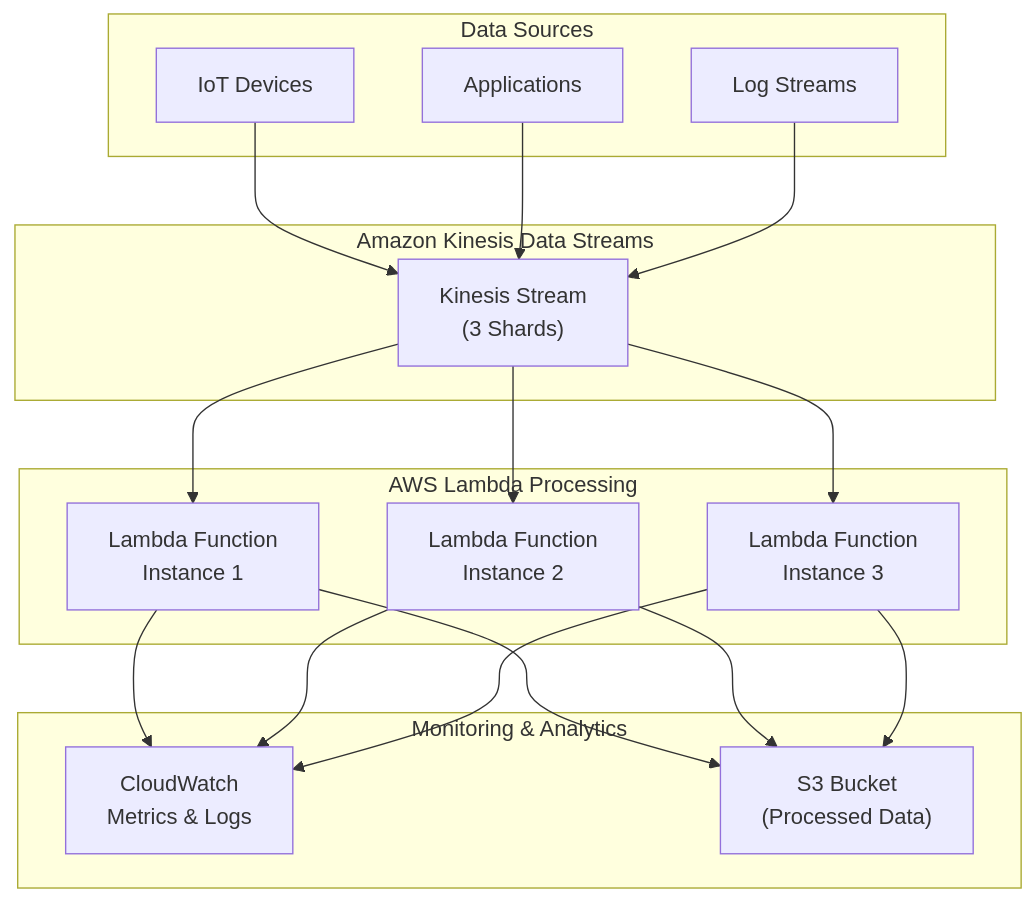
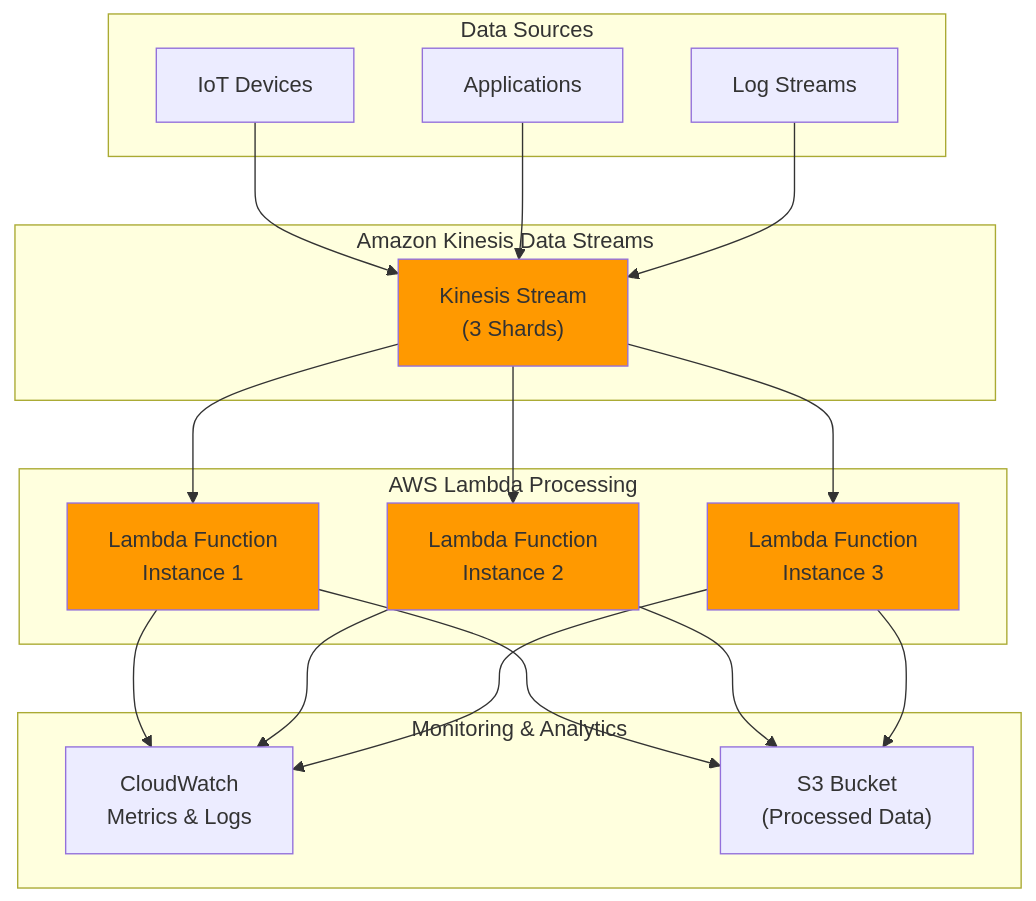
The diagram in aws/serverless-stream-processing-kinesis/serverless-stream-processing-kinesis.md (mzazon/awesome-cloud-projects), drawn with Mermaid before and after one commit. The commit also changed other lines of this file and 5581 other files, not shown here.

````diff
--- a/aws/serverless-stream-processing-kinesis/serverless-stream-processing-kinesis.md
+++ b/aws/serverless-stream-processing-kinesis/serverless-stream-processing-kinesis.md
@@ -28,39 +28,44 @@
 ```mermaid
 graph TD
     subgraph "Data Sources"
         IOT["IoT Devices"]
         APP["Applications"]
         LOGS["Log Streams"]
     end
     
     subgraph "Amazon Kinesis Data Streams"
         KDS["Kinesis Stream<br/>(3 Shards)"]
     end
     
     subgraph "AWS Lambda Processing"
         LF1["Lambda Function<br/>Instance 1"]
         LF2["Lambda Function<br/>Instance 2"]  
         LF3["Lambda Function<br/>Instance 3"]
     end
     
     subgraph "Monitoring & Analytics"
         CW["CloudWatch<br/>Metrics & Logs"]
         S3["S3 Bucket<br/>(Processed Data)"]
     end
     
     IOT --> KDS
     APP --> KDS
     LOGS --> KDS
     
     KDS --> LF1
     KDS --> LF2
     KDS --> LF3
     
     LF1 --> CW
     LF2 --> CW
     LF3 --> CW
     
     LF1 --> S3
     LF2 --> S3
     LF3 --> S3
+    
+    style KDS fill:#FF9900
+    style LF1 fill:#FF9900
+    style LF2 fill:#FF9900
+    style LF3 fill:#FF9900
 ```
````
